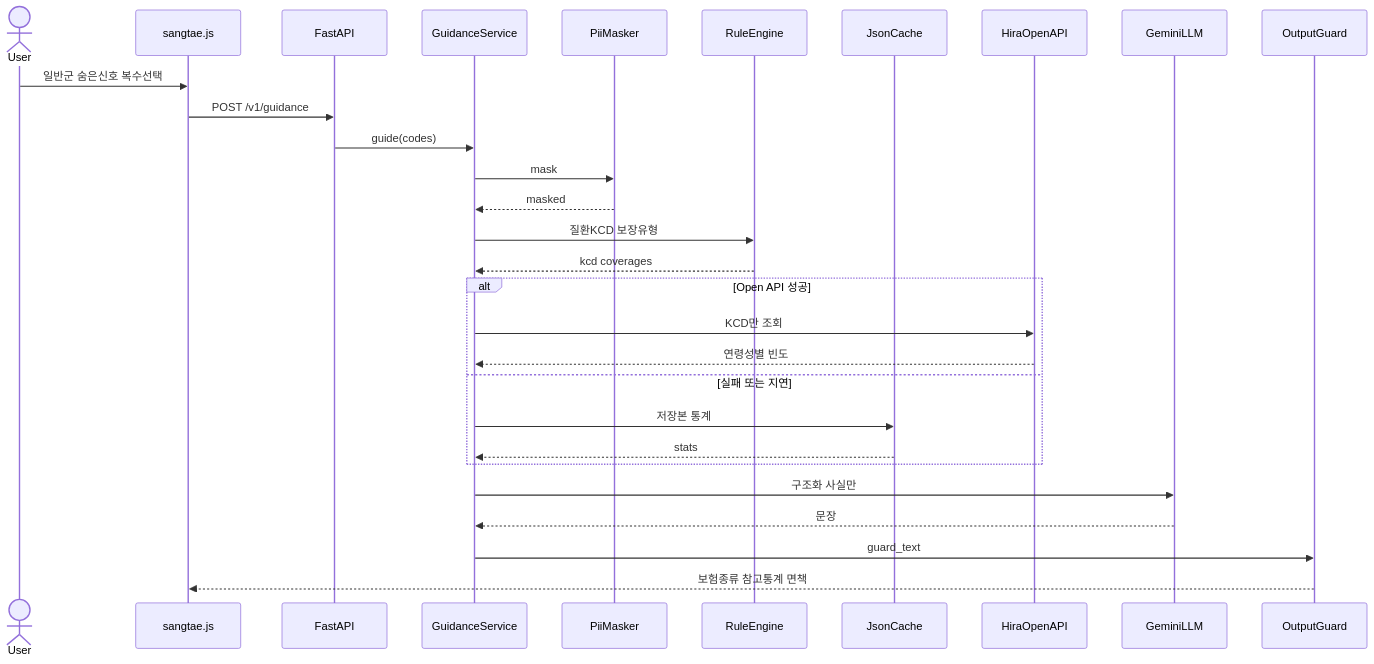
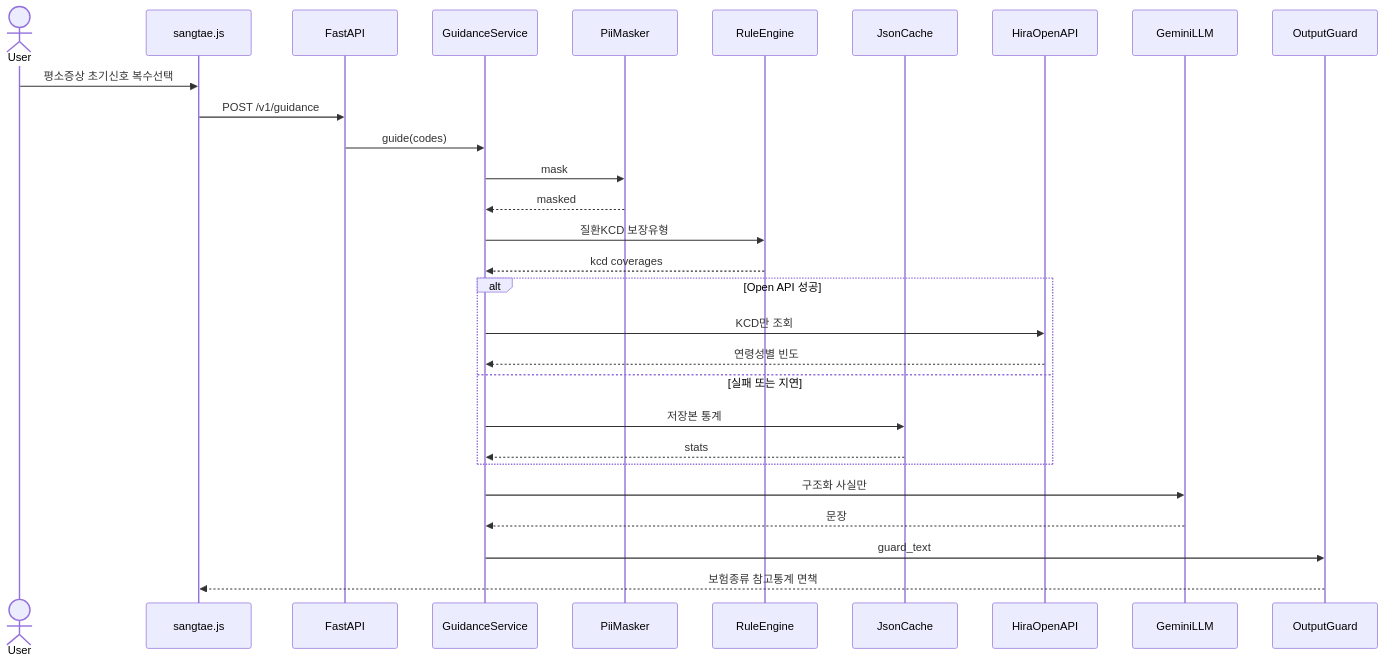
Before and after one commit to Cbulls/health-insurance-chatbot: the fourth of 4 diagrams in docs/SEQUENCE_DIAGRAMS.md, drawn with Mermaid. The commit also changed other lines of this file and 2 other files, not shown here.

````diff
--- a/docs/SEQUENCE_DIAGRAMS.md
+++ b/docs/SEQUENCE_DIAGRAMS.md
@@ -181,32 +182,32 @@
 ```mermaid
 sequenceDiagram
   actor User
   participant UI as sangtae.js
   participant API as FastAPI
   participant Guide as GuidanceService
   participant PII as PiiMasker
   participant Rules as RuleEngine
   participant Cache as JsonCache
   participant HIRA as HiraOpenAPI
   participant LLM as GeminiLLM
   participant Guard as OutputGuard
 
-  User->>UI: 일반군 숨은신호 복수선택
+  User->>UI: 평소증상 초기신호 복수선택
   UI->>API: POST /v1/guidance
   API->>Guide: guide(codes)
   Guide->>PII: mask
   PII-->>Guide: masked
   Guide->>Rules: 질환KCD 보장유형
   Rules-->>Guide: kcd coverages
   alt Open API 성공
     Guide->>HIRA: KCD만 조회
     HIRA-->>Guide: 연령성별 빈도
   else 실패 또는 지연
     Guide->>Cache: 저장본 통계
     Cache-->>Guide: stats
   end
   Guide->>LLM: 구조화 사실만
   LLM-->>Guide: 문장
   Guide->>Guard: guard_text
   Guard-->>UI: 보험종류 참고통계 면책
 ```
````
